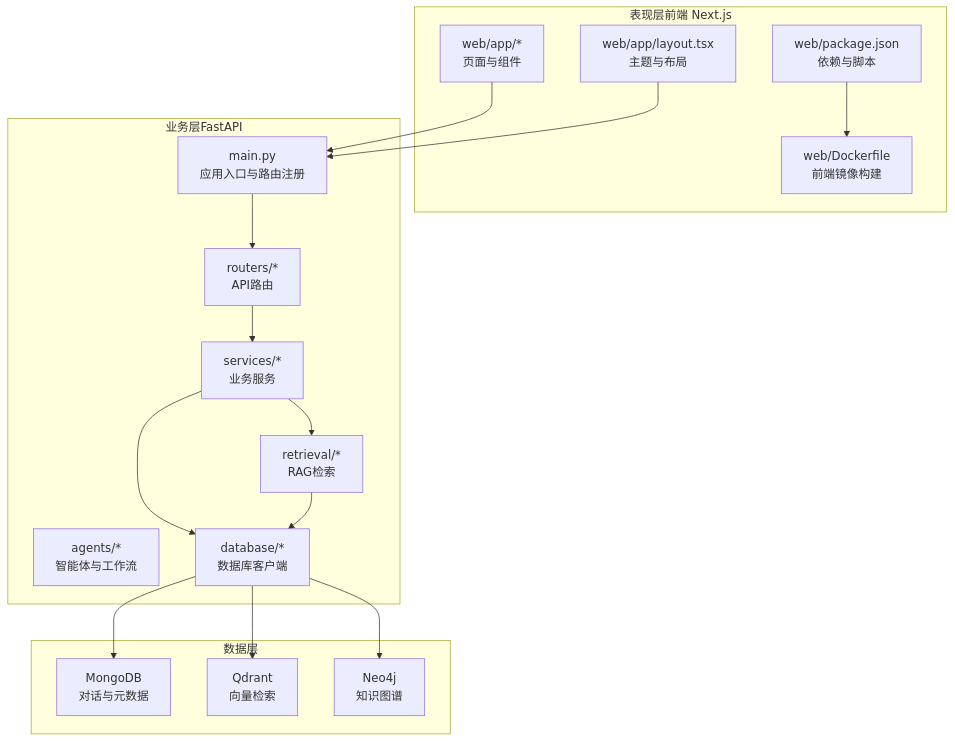
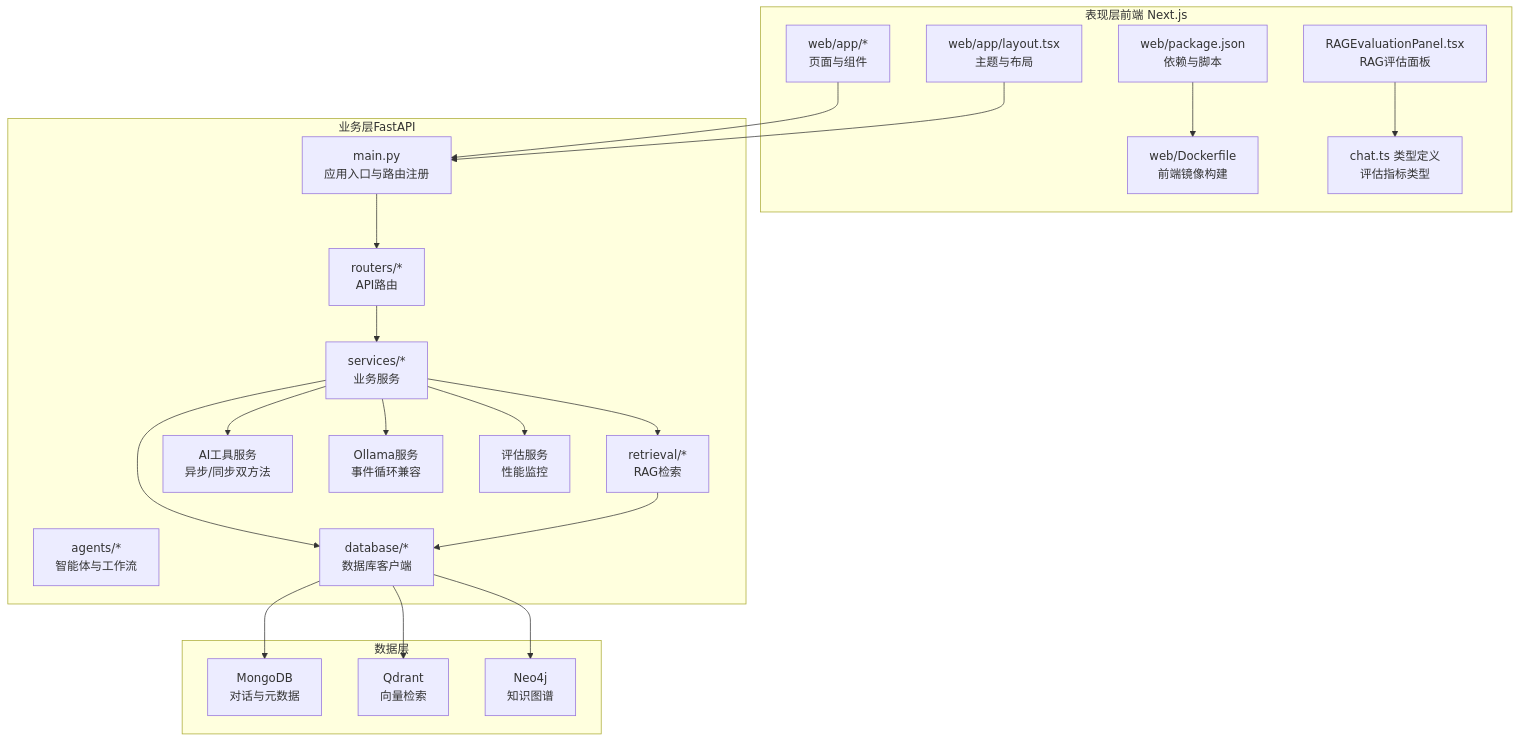
The first of 9 diagrams in .qoder/repowiki/zh/content/项目概述/系统架构总览.md (iammm0/advanced-rag), drawn with Mermaid before and after one commit. The commit also changed other lines of this file and 5 other files, not shown here.

````diff
--- a/.qoder/repowiki/zh/content/项目概述/系统架构总览.md
+++ b/.qoder/repowiki/zh/content/项目概述/系统架构总览.md
@@ -44,33 +58,42 @@
 ```mermaid
 graph TB
 subgraph "表现层前端 Next.js"
 WEB_APP["web/app/*<br/>页面与组件"]
 WEB_LAYOUT["web/app/layout.tsx<br/>主题与布局"]
 WEB_PKG["web/package.json<br/>依赖与脚本"]
 WEB_DOCKER["web/Dockerfile<br/>前端镜像构建"]
+EVAL_PANEL["RAGEvaluationPanel.tsx<br/>RAG评估面板"]
+END_USER_METRICS["chat.ts 类型定义<br/>评估指标类型"]
 end
 subgraph "业务层FastAPI"
 MAIN["main.py<br/>应用入口与路由注册"]
 ROUTERS["routers/*<br/>API路由"]
 SERVICES["services/*<br/>业务服务"]
 AGENTS["agents/*<br/>智能体与工作流"]
 RETRIEVAL["retrieval/*<br/>RAG检索"]
 DATABASE["database/*<br/>数据库客户端"]
+AITOOLS["AI工具服务<br/>异步/同步双方法"]
+OLLAMASVC["Ollama服务<br/>事件循环兼容"]
+EVALUATION["评估服务<br/>性能监控"]
 end
 subgraph "数据层"
 MONGO["MongoDB<br/>对话与元数据"]
 QDRANT["Qdrant<br/>向量检索"]
 NEO4J["Neo4j<br/>知识图谱"]
 end
 WEB_APP --> MAIN
 WEB_LAYOUT --> MAIN
 WEB_PKG --> WEB_DOCKER
+EVAL_PANEL --> END_USER_METRICS
 MAIN --> ROUTERS
 ROUTERS --> SERVICES
 SERVICES --> RETRIEVAL
 SERVICES --> DATABASE
+SERVICES --> AITOOLS
+SERVICES --> OLLAMASVC
+SERVICES --> EVALUATION
 RETRIEVAL --> DATABASE
 DATABASE --> MONGO
 DATABASE --> QDRANT
 DATABASE --> NEO4J
 ```
````
